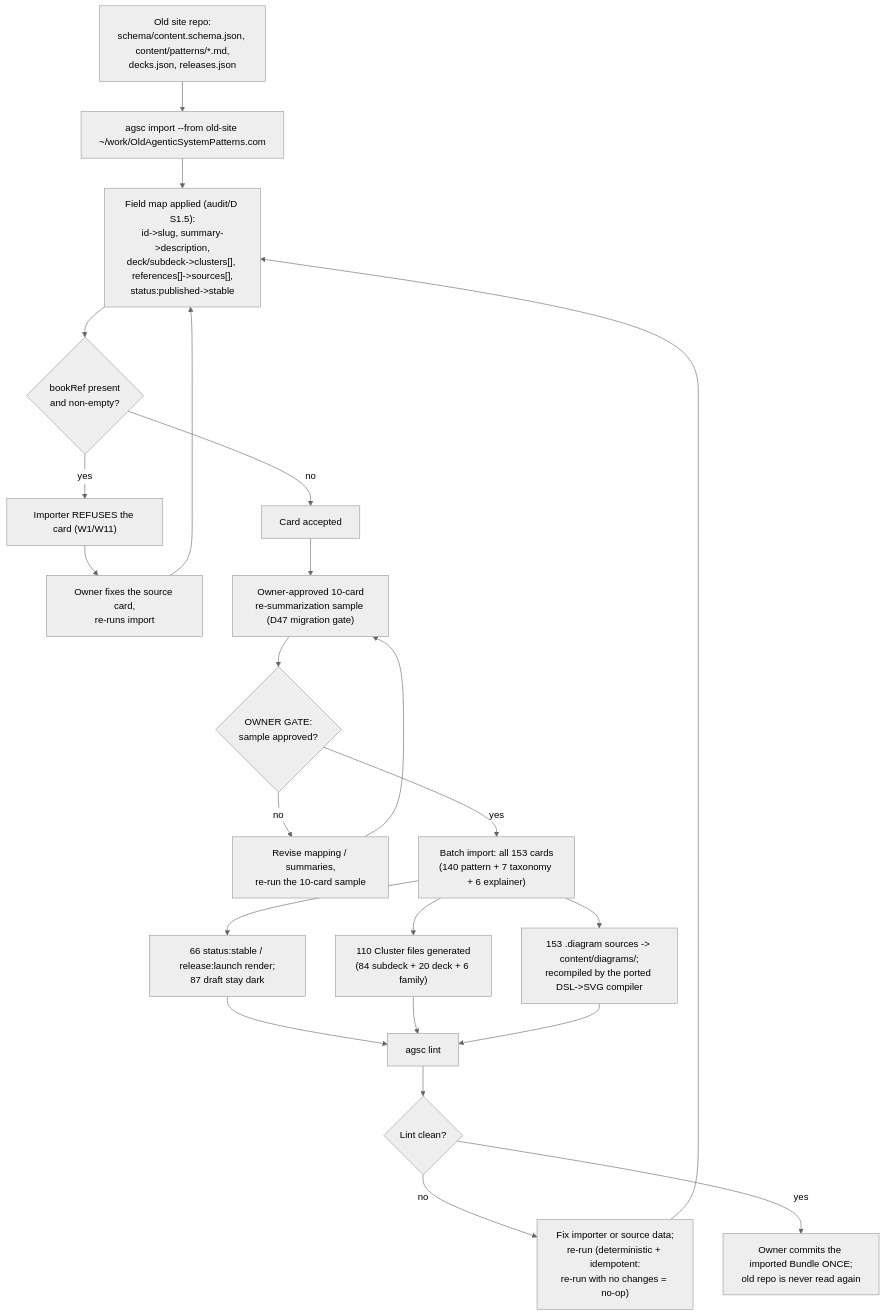
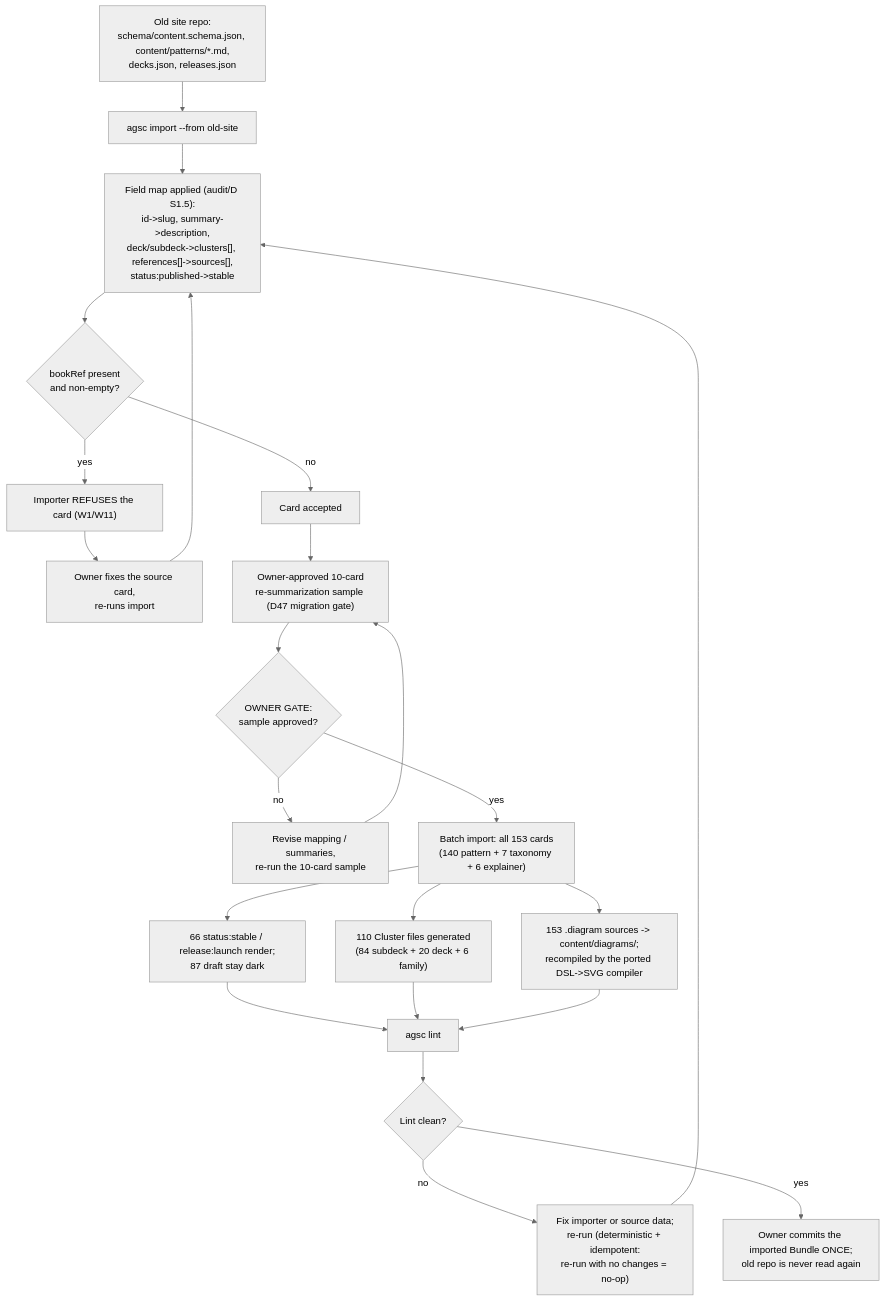
The diagram in docs/diagrams/workflow-migration.md (andreibesleaga/agentic-system-core), drawn with Mermaid (neutral theme) before and after one commit. The commit also changed other lines of this file and 229 other files, not shown here.

````diff
--- a/docs/diagrams/workflow-migration.md
+++ b/docs/diagrams/workflow-migration.md
@@ -3,29 +5,29 @@
 ```mermaid
 flowchart TD
   A["Old site repo:\nschema/content.schema.json, content/patterns/*.md,\ndecks.json, releases.json"]
-  A --> B["agsc import --from old-site ~/work/OldAgenticSystemPatterns.com"]
+  A --> B["agsc import --from old-site <path-to-old-site-repo>"]
   B --> C["Field map applied (audit/D S1.5):\nid->slug, summary->description,\ndeck/subdeck->clusters[], references[]->sources[],\nstatus:published->stable"]
   C --> D{"bookRef present\nand non-empty?"}
   D -- yes --> E["Importer REFUSES the card (W1/W11)"]
   E --> G["Owner fixes the source card,\nre-runs import"]
   G --> C
   D -- no --> F["Card accepted"]
 
   F --> H["Owner-approved 10-card\nre-summarization sample (D47 migration gate)"]
   H --> I{"OWNER GATE:\nsample approved?"}
   I -- no --> J["Revise mapping / summaries,\nre-run the 10-card sample"]
   J --> H
   I -- yes --> K["Batch import: all 153 cards\n(140 pattern + 7 taxonomy + 6 explainer)"]
 
   K --> L["66 status:stable / release:launch render;\n87 draft stay dark"]
   K --> M["110 Cluster files generated\n(84 subdeck + 20 deck + 6 family)"]
   K --> N["153 .diagram sources -> content/diagrams/;\nrecompiled by the ported DSL->SVG compiler"]
 
   L --> O["agsc lint"]
   M --> O
   N --> O
   O --> P{"Lint clean?"}
   P -- no --> Q["Fix importer or source data;\nre-run (deterministic + idempotent:\nre-run with no changes = no-op)"]
   Q --> C
   P -- yes --> R["Owner commits the imported Bundle ONCE;\nold repo is never read again"]
 ```
````
